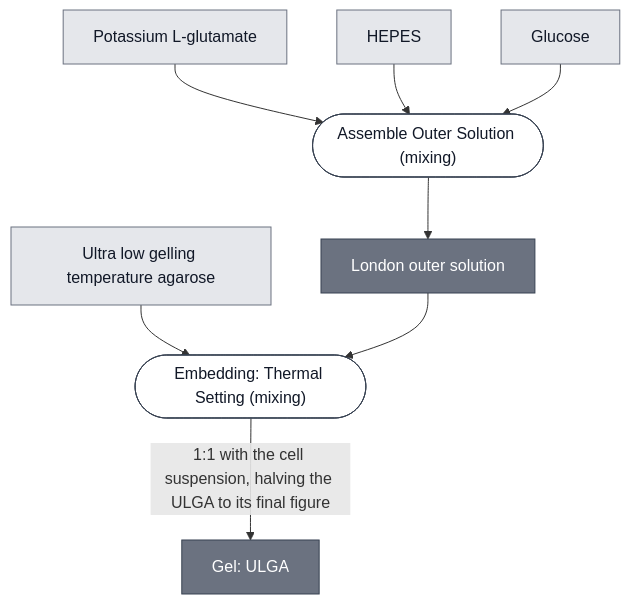
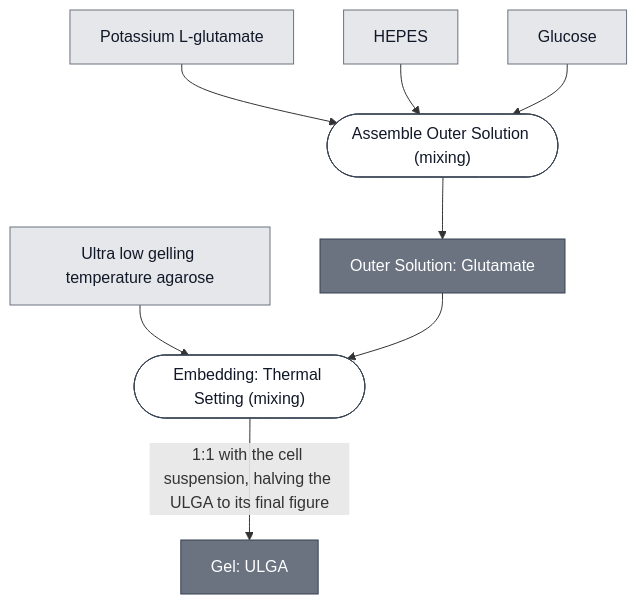
The diagram in docs/modules/gel-ulga/spec.md (nucleus-eng/nucleus-docs), drawn with Mermaid before and after one commit. The commit also changed other lines of this file and 9 other files, not shown here.

````diff
--- a/docs/modules/gel-ulga/spec.md
+++ b/docs/modules/gel-ulga/spec.md
@@ -32,33 +32,33 @@
 ```mermaid
 flowchart TD
     ULGA_POWDER["Ultra low gelling temperature agarose"]
     POTASSIUM_GLUTAMATE["Potassium L-glutamate"]
     HEPES["HEPES"]
     GLUCOSE["Glucose"]
 
     P1_ASSEMBLE_OUTER_0(["Assemble Outer Solution (mixing)"])
-    OUTER_SOLUTION_GLUTAMATE["London outer solution"]
+    OUTER_SOLUTION_GLUTAMATE["Outer Solution: Glutamate"]
     P2_SET_THERMAL_0(["Embedding: Thermal Setting (mixing)"])
     GEL_ULGA["Gel: ULGA"]
 
     POTASSIUM_GLUTAMATE --> P1_ASSEMBLE_OUTER_0
     HEPES --> P1_ASSEMBLE_OUTER_0
     GLUCOSE --> P1_ASSEMBLE_OUTER_0
     P1_ASSEMBLE_OUTER_0 --> OUTER_SOLUTION_GLUTAMATE
 
     ULGA_POWDER --> P2_SET_THERMAL_0
     OUTER_SOLUTION_GLUTAMATE --> P2_SET_THERMAL_0
     P2_SET_THERMAL_0 -->|"1:1 with the cell suspension, halving the ULGA to its final figure"| GEL_ULGA
 
 
     classDef leaf     fill:#e5e7eb,stroke:#6b7280,color:#111827;
     classDef composed fill:#6b7280,stroke:#374151,color:#ffffff;
     classDef process  fill:#ffffff,stroke:#374151,color:#111827;
     class ULGA_POWDER,POTASSIUM_GLUTAMATE,HEPES,GLUCOSE leaf;
     class OUTER_SOLUTION_GLUTAMATE,GEL_ULGA composed;
     class P1_ASSEMBLE_OUTER_0,P2_SET_THERMAL_0 process;
 
     click P1_ASSEMBLE_OUTER_0 "/docs/processes/assemble-outer-solution/main"
     click P2_SET_THERMAL_0 "/docs/processes/embed-thermal-setting/main"
     click GEL_ULGA "/docs/modules/gel-ulga/spec"
 ```
````
